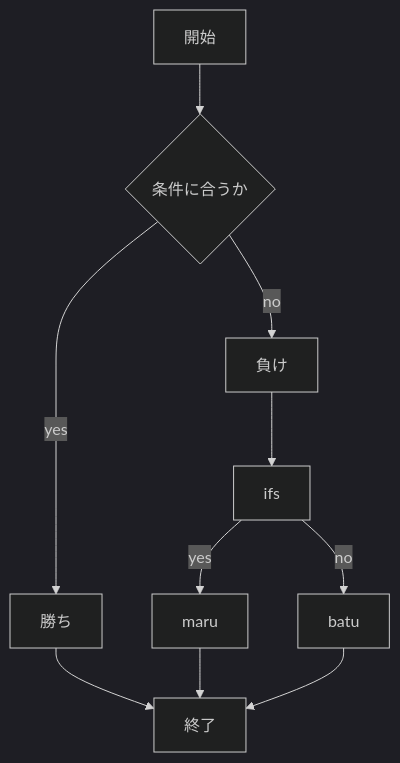
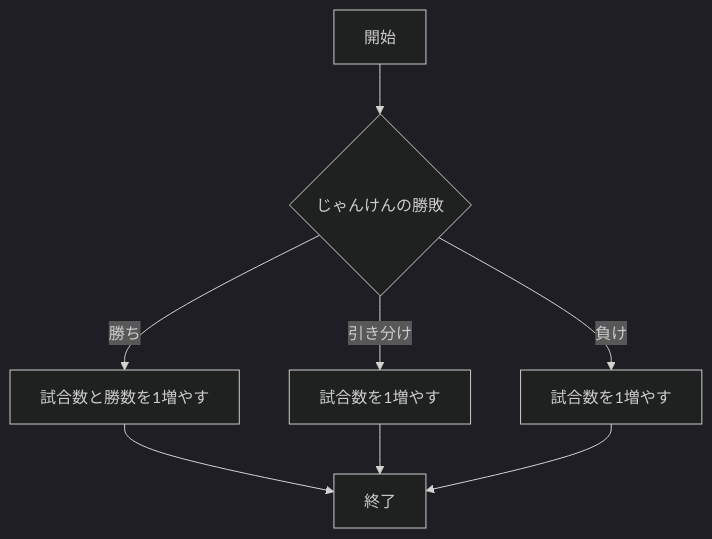
One commit to suzuki-ryoto/webpro_06 changed the diagram in README.md. Above: the diagram before and after it, drawn with Mermaid (dark theme). The commit also changed other lines of this file, not shown here.

Commit message:
11/5時点でのファイルをアップ

````diff
--- a/README.md
+++ b/README.md
@@ -51,19 +54,20 @@
 ```mermaid
 flowchart TD;
 
 start["開始"];
 end1["終了"]
-if{"条件に合うか"}
-win[勝ち]
-loose["負け"]
+if{"じゃんけんの勝敗"}
+win["試合数と勝数を1増やす"]
+loose["試合数を1増やす"]
+draw["試合数を1増やす"]
+
 
 start --> if
-if -->|yes| win
+if -->|勝ち| win
 win --> end1
-if -->|no| loose
-loose --> ifs
-ifs --> |yes| maru
-maru --> end1
-ifs --> |no| batu
-batu --> end1
+if -->|引き分け| draw
+draw --> end1
+if --> |負け| loose
+loose --> end1
+
 ```
````
